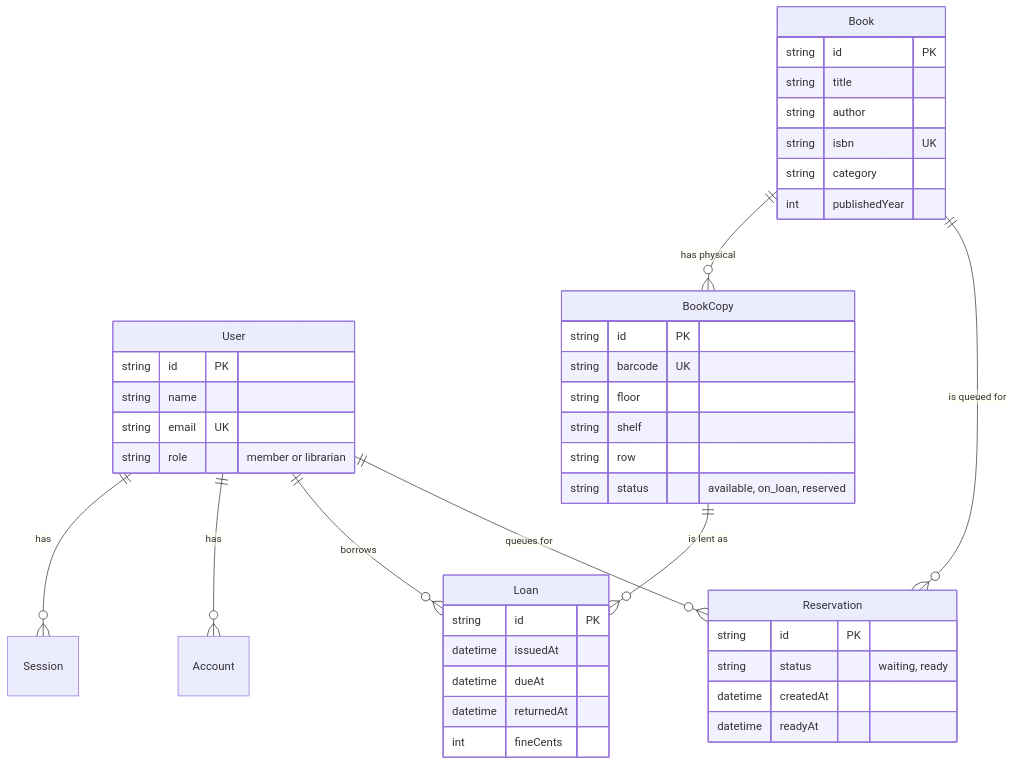
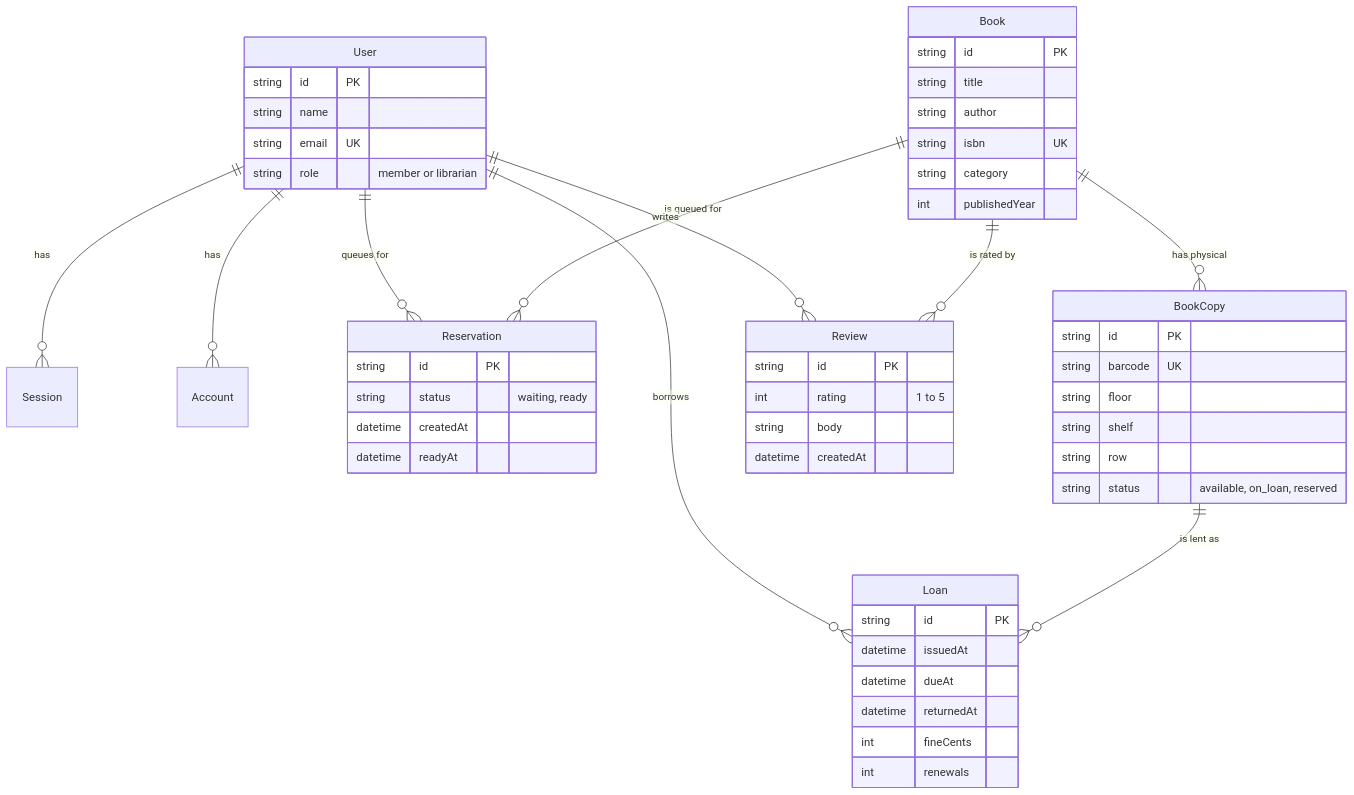
One commit to shreeteja172/BookStack changed the diagram in README.md. Above: the diagram before and after it, drawn with Mermaid. The commit also changed other lines of this file and 9 other files, not shown here.

````diff
--- a/README.md
+++ b/README.md
@@ -44,46 +49,55 @@
 ```mermaid
 erDiagram
     User ||--o{ Session : "has"
     User ||--o{ Account : "has"
     User ||--o{ Loan : "borrows"
     User ||--o{ Reservation : "queues for"
     Book ||--o{ BookCopy : "has physical"
     Book ||--o{ Reservation : "is queued for"
     BookCopy ||--o{ Loan : "is lent as"
+    User ||--o{ Review : "writes"
+    Book ||--o{ Review : "is rated by"
 
     User {
         string id PK
         string name
         string email UK
         string role "member or librarian"
     }
     Book {
         string id PK
         string title
         string author
         string isbn UK
         string category
         int publishedYear
     }
     BookCopy {
         string id PK
         string barcode UK
         string floor
         string shelf
         string row
         string status "available, on_loan, reserved"
     }
     Loan {
         string id PK
         datetime issuedAt
         datetime dueAt
         datetime returnedAt
         int fineCents
+        int renewals
     }
     Reservation {
         string id PK
         string status "waiting, ready"
         datetime createdAt
         datetime readyAt
     }
+    Review {
+        string id PK
+        int rating "1 to 5"
+        string body
+        datetime createdAt
+    }
 ```
````
